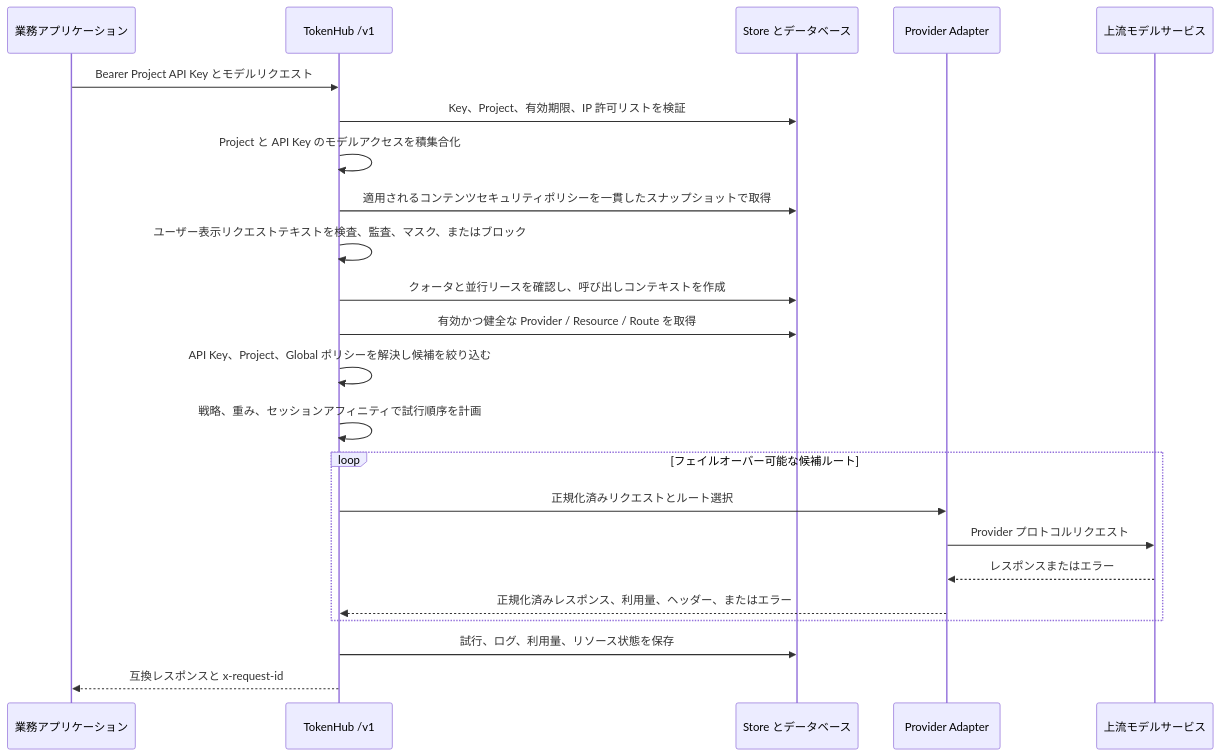
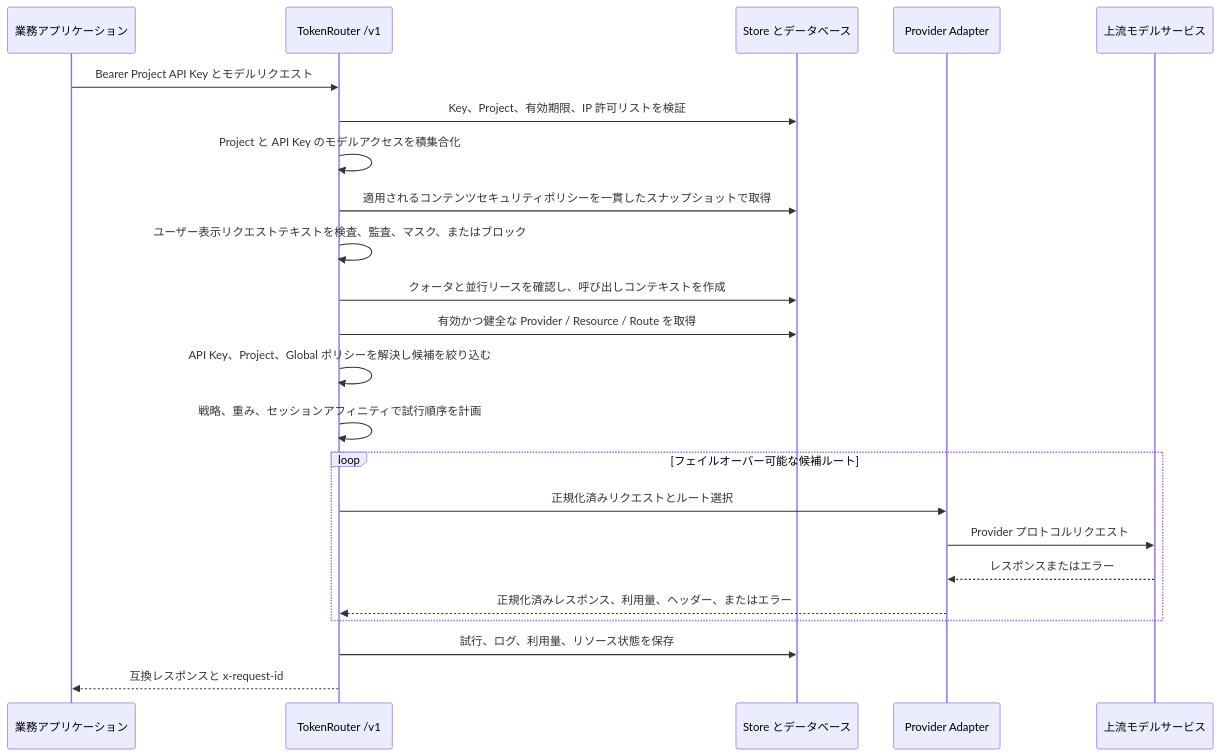
The third of 3 diagrams in docs/ja/architecture.md (GalaxyForgeAI/TokenRouter), drawn with Mermaid before and after one commit. The commit also changed other lines of this file and 110 other files, not shown here.

First line of the commit message:
Rebrand TokenHub → TokenRouter 炬枢 + UI redesign (React Bits + design system)

````diff
--- a/docs/ja/architecture.md
+++ b/docs/ja/architecture.md
@@ -119,26 +119,26 @@
 ```mermaid
 sequenceDiagram
     participant C as 業務アプリケーション
-    participant G as TokenHub /v1
+    participant G as TokenRouter /v1
     participant S as Store とデータベース
     participant A as Provider Adapter
     participant U as 上流モデルサービス
 
     C->>G: Bearer Project API Key とモデルリクエスト
     G->>S: Key、Project、有効期限、IP 許可リストを検証
     G->>G: Project と API Key のモデルアクセスを積集合化
     G->>S: 適用されるコンテンツセキュリティポリシーを一貫したスナップショットで取得
     G->>G: ユーザー表示リクエストテキストを検査、監査、マスク、またはブロック
     G->>S: クォータと並行リースを確認し、呼び出しコンテキストを作成
     G->>S: 有効かつ健全な Provider / Resource / Route を取得
     G->>G: API Key、Project、Global ポリシーを解決し候補を絞り込む
     G->>G: 戦略、重み、セッションアフィニティで試行順序を計画
     loop フェイルオーバー可能な候補ルート
         G->>A: 正規化済みリクエストとルート選択
         A->>U: Provider プロトコルリクエスト
         U-->>A: レスポンスまたはエラー
         A-->>G: 正規化済みレスポンス、利用量、ヘッダー、またはエラー
     end
     G->>S: 試行、ログ、利用量、リソース状態を保存
     G-->>C: 互換レスポンスと x-request-id
 ```
````
